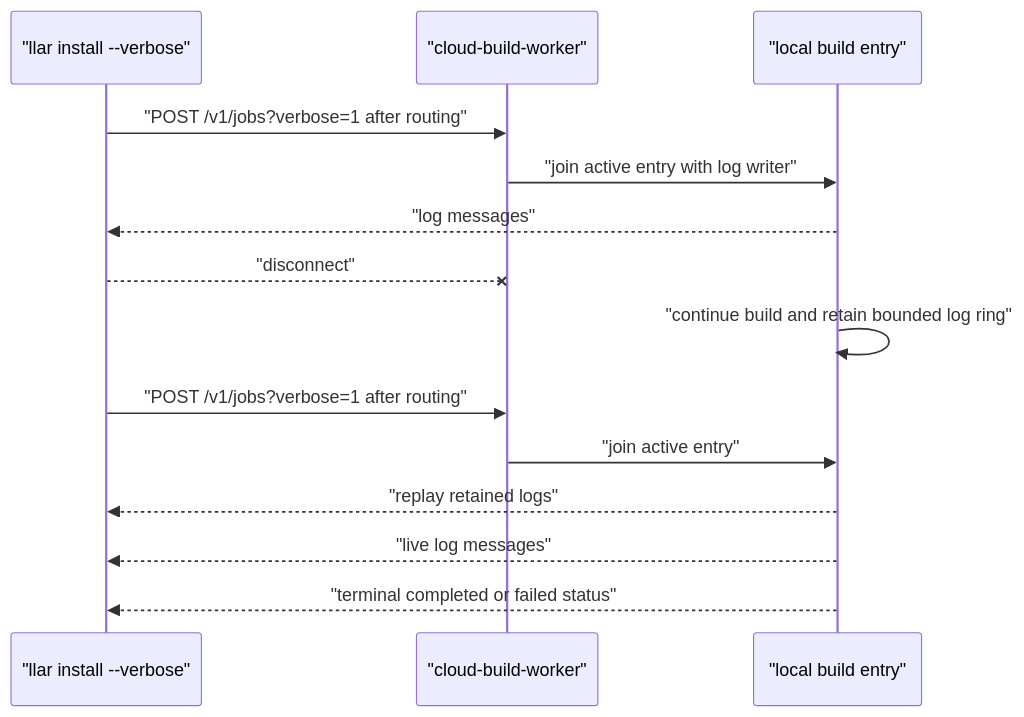
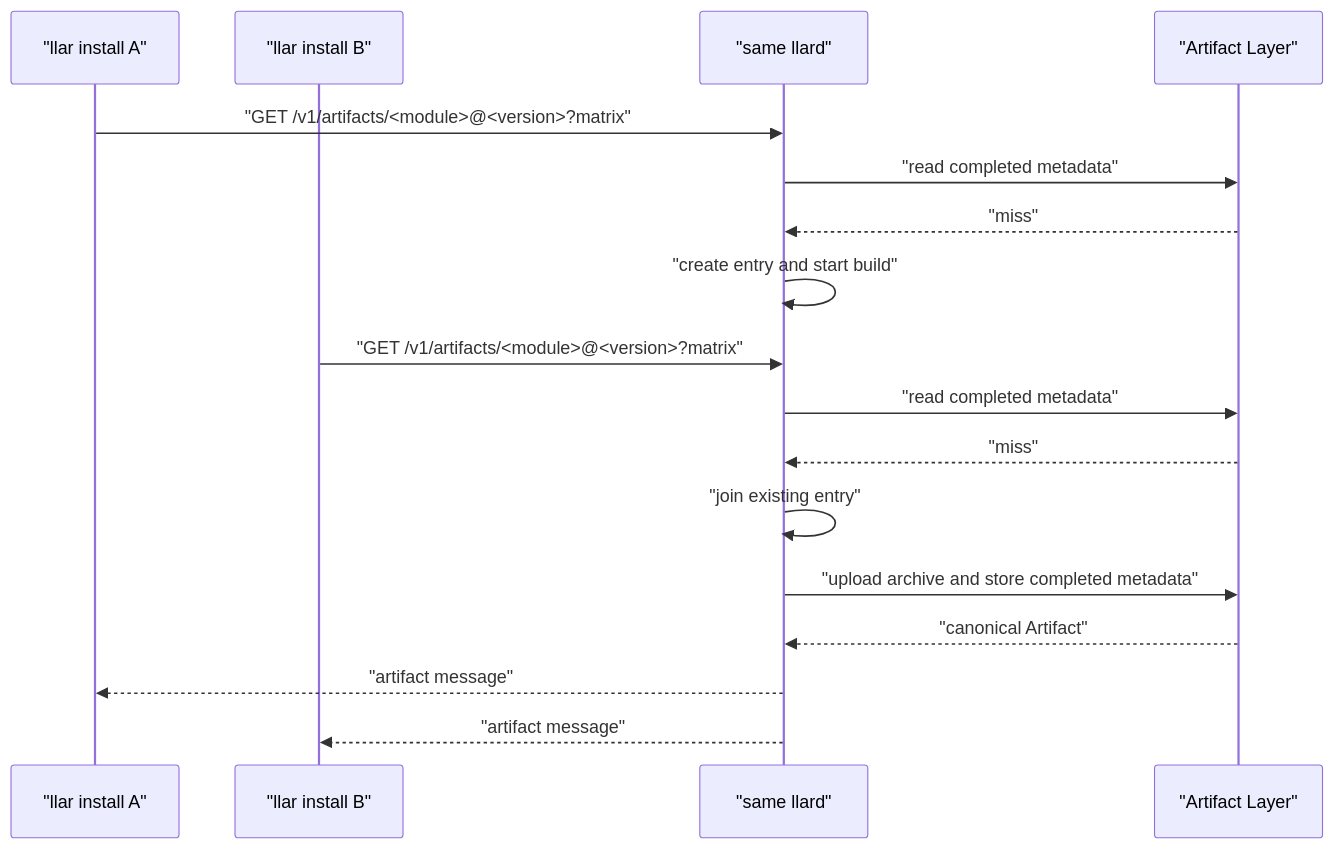
Before and after one commit to MeteorsLiu/llar: the fifth of 6 diagrams in docs/superpowers/specs/2026-06-08-cloud-build-worker-architecture.md, drawn with Mermaid. The commit also changed other lines of this file and 4 other files, not shown here.

````diff
--- a/docs/superpowers/specs/2026-06-08-cloud-build-worker-architecture.md
+++ b/docs/superpowers/specs/2026-06-08-cloud-build-worker-architecture.md
@@ -497,17 +488,20 @@
 ```mermaid
 sequenceDiagram
-  participant Client as "llar install --verbose"
-  participant Worker as "cloud-build-worker"
-  participant Build as "local build entry"
+  participant A as "llar install A"
+  participant B as "llar install B"
+  participant Llard as "same llard"
+  participant Artifact as "Artifact Layer"
 
-  Client->>Worker: "POST /v1/jobs?verbose=1 after routing"
-  Worker->>Build: "join active entry with log writer"
-  Build-->>Client: "log messages"
-  Client--xWorker: "disconnect"
-  Build->>Build: "continue build and retain bounded log ring"
-  Client->>Worker: "POST /v1/jobs?verbose=1 after routing"
-  Worker->>Build: "join active entry"
-  Build-->>Client: "replay retained logs"
-  Build-->>Client: "live log messages"
-  Build-->>Client: "terminal completed or failed status"
+  A->>Llard: "GET /v1/artifacts/<module>@<version>?matrix"
+  Llard->>Artifact: "read completed metadata"
+  Artifact-->>Llard: "miss"
+  Llard->>Llard: "create entry and start build"
+  B->>Llard: "GET /v1/artifacts/<module>@<version>?matrix"
+  Llard->>Artifact: "read completed metadata"
+  Artifact-->>Llard: "miss"
+  Llard->>Llard: "join existing entry"
+  Llard->>Artifact: "upload archive and store completed metadata"
+  Artifact-->>Llard: "canonical Artifact"
+  Llard-->>A: "artifact message"
+  Llard-->>B: "artifact message"
 ```
````
